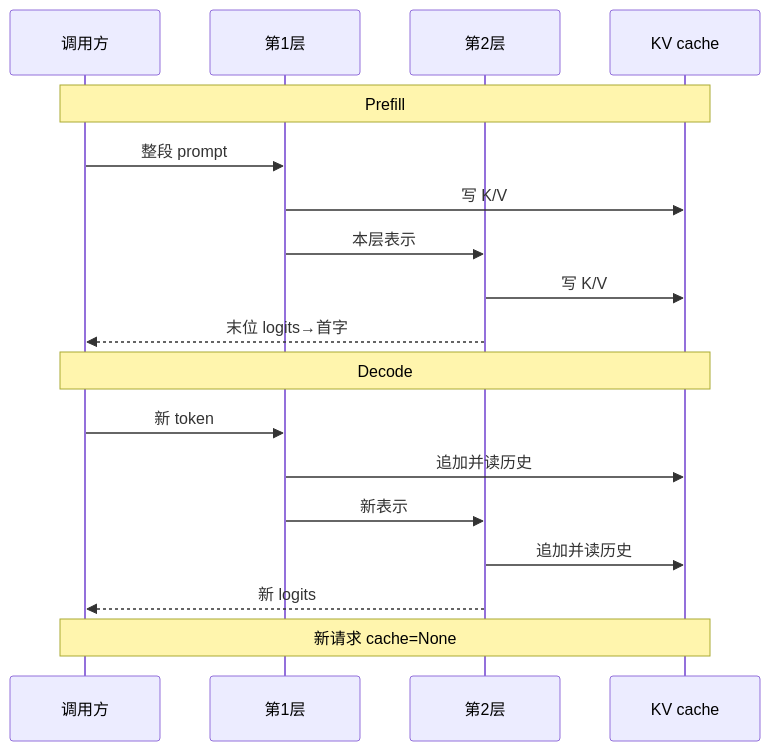
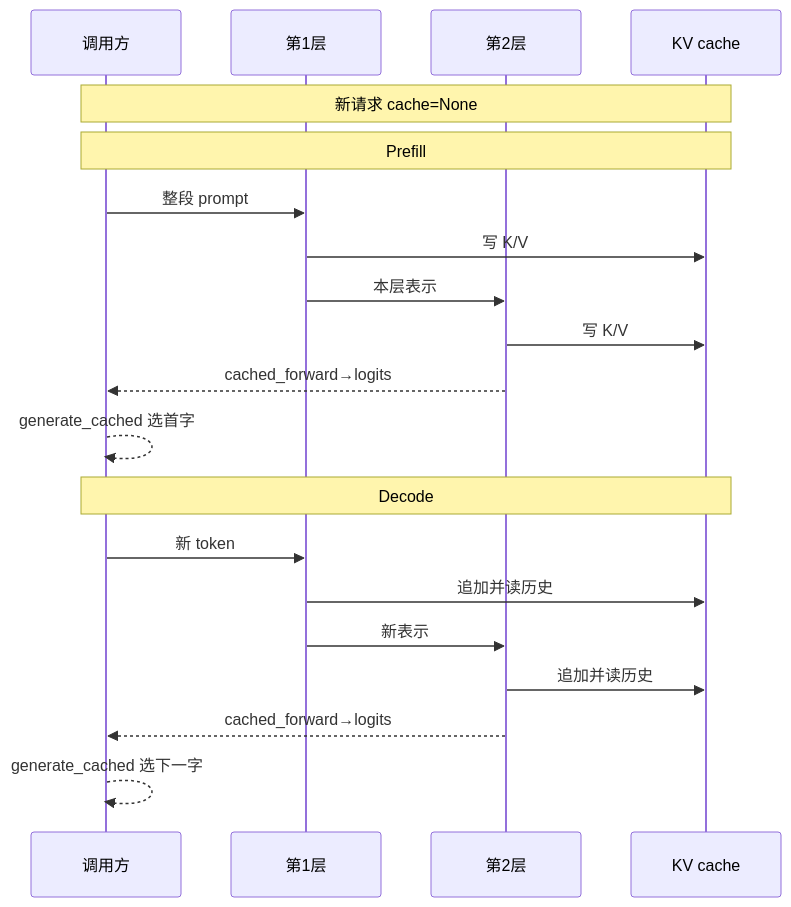
Before and after one commit to cluster1900/zero2llm: the first of 3 diagrams in chapters/08a_kv_cache.md, drawn with Mermaid. The commit also changed other lines of this file and 29 other files, not shown here.

First line of the commit message:
D5 review fix: d_ff^SwiGLU / d_h labels; MLA/YaRN/length/stop diagram logic

````diff
--- a/chapters/08a_kv_cache.md
+++ b/chapters/08a_kv_cache.md
@@ -43,23 +45,25 @@
 ```mermaid
 sequenceDiagram
     %% id: p11-prefill-decode
-    accTitle: Prefill 写出各层 K/V 并选出首字；decode 只追加新位置
-    accDescr: 调用方先送整段 prompt：第 1 层与第 2 层各自写入 K/V，末位 logits 选出首字；随后只送新 token，各层追加 K/V 并读全部历史；新请求必须从空缓存开始。
+    accTitle: Prefill 写出各层 K/V；decode 只追加新位置
+    accDescr: 新请求 cache=None。Prefill 送整段 prompt，各层写入 K/V，cached_forward 返回末位 logits，generate_cached 再选出首字；随后只送新 token，各层追加 K/V 并读全部历史。
     participant C as 调用方
     participant L1 as 第1层
     participant L2 as 第2层
     participant KV as KV cache
+    Note over C,KV: 新请求 cache=None
     Note over C,KV: Prefill
     C->>L1: 整段 prompt
     L1->>KV: 写 K/V
     L1->>L2: 本层表示
     L2->>KV: 写 K/V
-    L2-->>C: 末位 logits→首字
+    L2-->>C: cached_forward→logits
+    C-->>C: generate_cached 选首字
     Note over C,KV: Decode
     C->>L1: 新 token
     L1->>KV: 追加并读历史
     L1->>L2: 新表示
     L2->>KV: 追加并读历史
-    L2-->>C: 新 logits
-    Note over C,KV: 新请求 cache=None
+    L2-->>C: cached_forward→logits
+    C-->>C: generate_cached 选下一字
 ```
````
